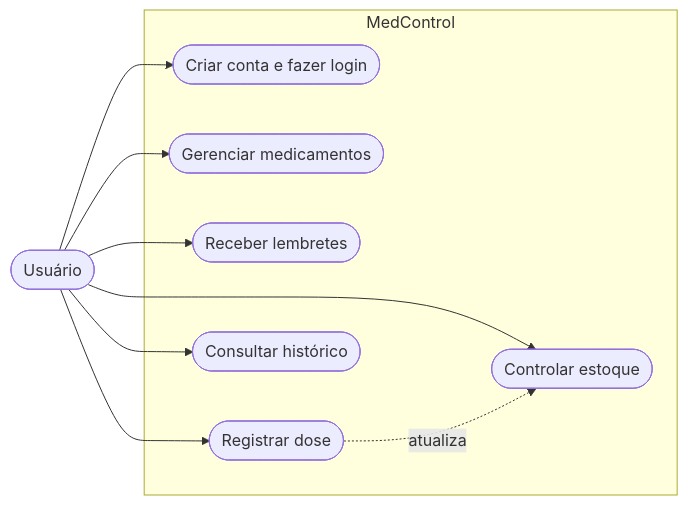
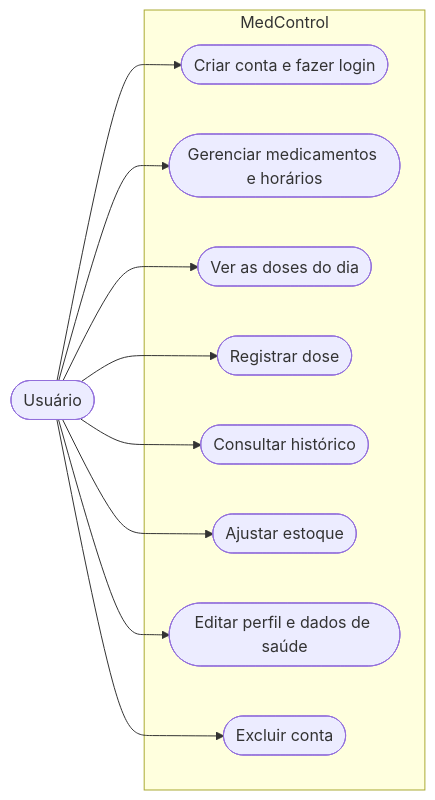
The second of 9 diagrams in docs/diagramas.md (amandaadb/Projeto-Saude-em-dia-), drawn with Mermaid before and after one commit. The commit also changed other lines of this file, not shown here.

````diff
--- a/docs/diagramas.md
+++ b/docs/diagramas.md
@@ -16,21 +24,24 @@
 ```mermaid
 flowchart LR
     U(["Usuário"])
 
     subgraph MedControl
         UC1(["Criar conta e fazer login"])
-        UC2(["Gerenciar medicamentos"])
-        UC3(["Receber lembretes"])
+        UC2(["Gerenciar medicamentos e horários"])
+        UC3(["Ver as doses do dia"])
         UC4(["Registrar dose"])
         UC5(["Consultar histórico"])
-        UC6(["Controlar estoque"])
+        UC6(["Ajustar estoque"])
+        UC7(["Editar perfil e dados de saúde"])
+        UC8(["Excluir conta"])
     end
 
     U --> UC1
     U --> UC2
     U --> UC3
     U --> UC4
     U --> UC5
     U --> UC6
-    UC4 -.->|"atualiza"| UC6
+    U --> UC7
+    U --> UC8
 ```
````
